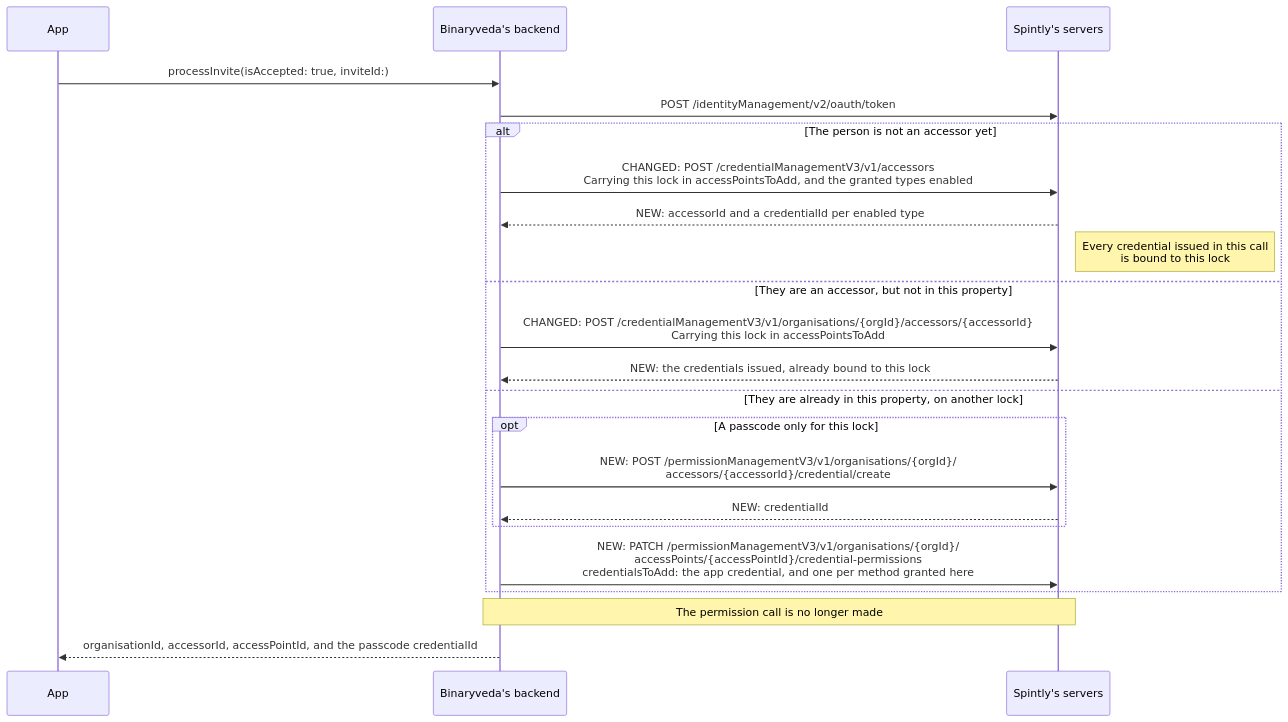
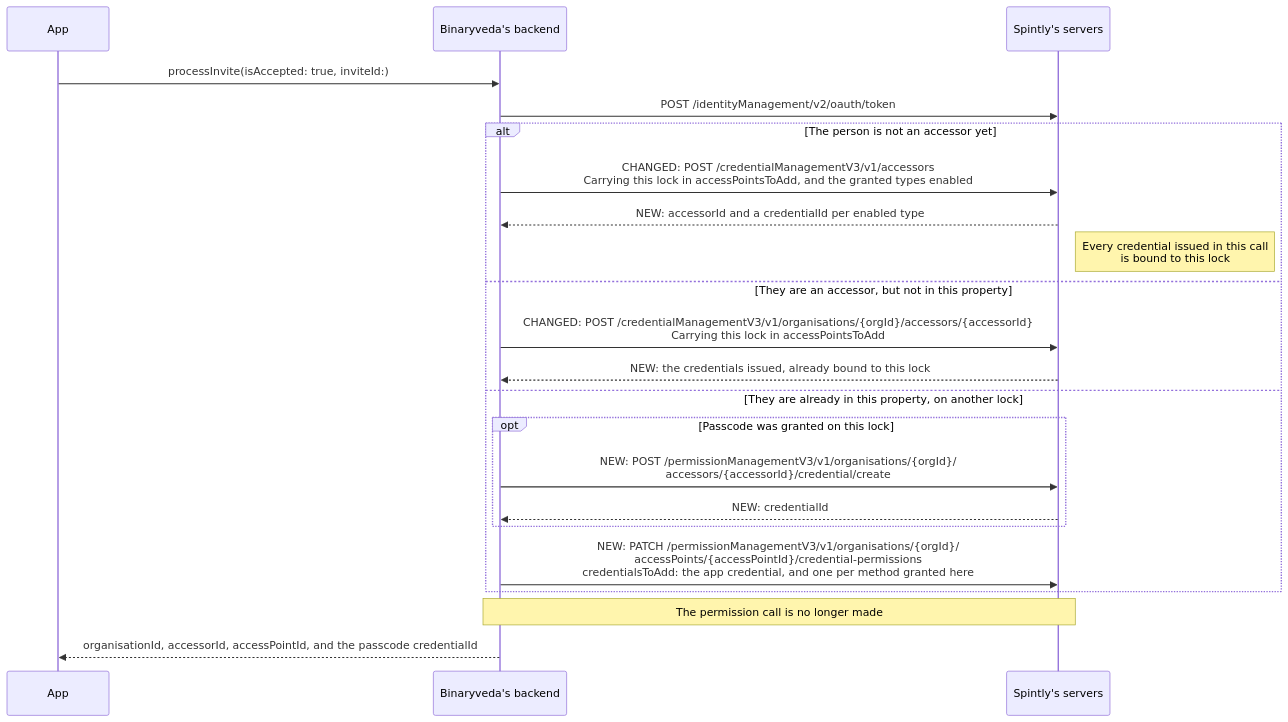
Before and after one commit to spintly-integrations-support/godrej-software-guide: the eighth of 10 diagrams in docs/user-management.md, drawn with Mermaid. The commit also changed other lines of this file and 5 other files, not shown here.

Commit message:
Fresh passcode credential per lock; passcodes never copied between locks

````diff
--- a/docs/user-management.md
+++ b/docs/user-management.md
@@ -255,25 +250,25 @@
 ```mermaid
 sequenceDiagram
     participant A as App
     participant B as Binaryveda's backend
     participant S as Spintly's servers
 
     A->>B: processInvite(isAccepted: true, inviteId:)
     B->>S: POST /identityManagement/v2/oauth/token
     alt The person is not an accessor yet
         B->>S: CHANGED: POST /credentialManagementV3/v1/accessors<br/>Carrying this lock in accessPointsToAdd, and the granted types enabled
         S-->>B: NEW: accessorId and a credentialId per enabled type
         Note right of S: Every credential issued in this call<br/>is bound to this lock
     else They are an accessor, but not in this property
         B->>S: CHANGED: POST /credentialManagementV3/v1/organisations/{orgId}/accessors/{accessorId}<br/>Carrying this lock in accessPointsToAdd
         S-->>B: NEW: the credentials issued, already bound to this lock
     else They are already in this property, on another lock
-        opt A passcode only for this lock
+        opt Passcode was granted on this lock
             B->>S: NEW: POST /permissionManagementV3/v1/organisations/{orgId}/<br/>accessors/{accessorId}/credential/create
             S-->>B: NEW: credentialId
         end
         B->>S: NEW: PATCH /permissionManagementV3/v1/organisations/{orgId}/<br/>accessPoints/{accessPointId}/credential-permissions<br/>credentialsToAdd: the app credential, and one per method granted here
     end
     Note over B,S: The permission call is no longer made
     B-->>A: organisationId, accessorId, accessPointId, and the passcode credentialId
 ```
````
